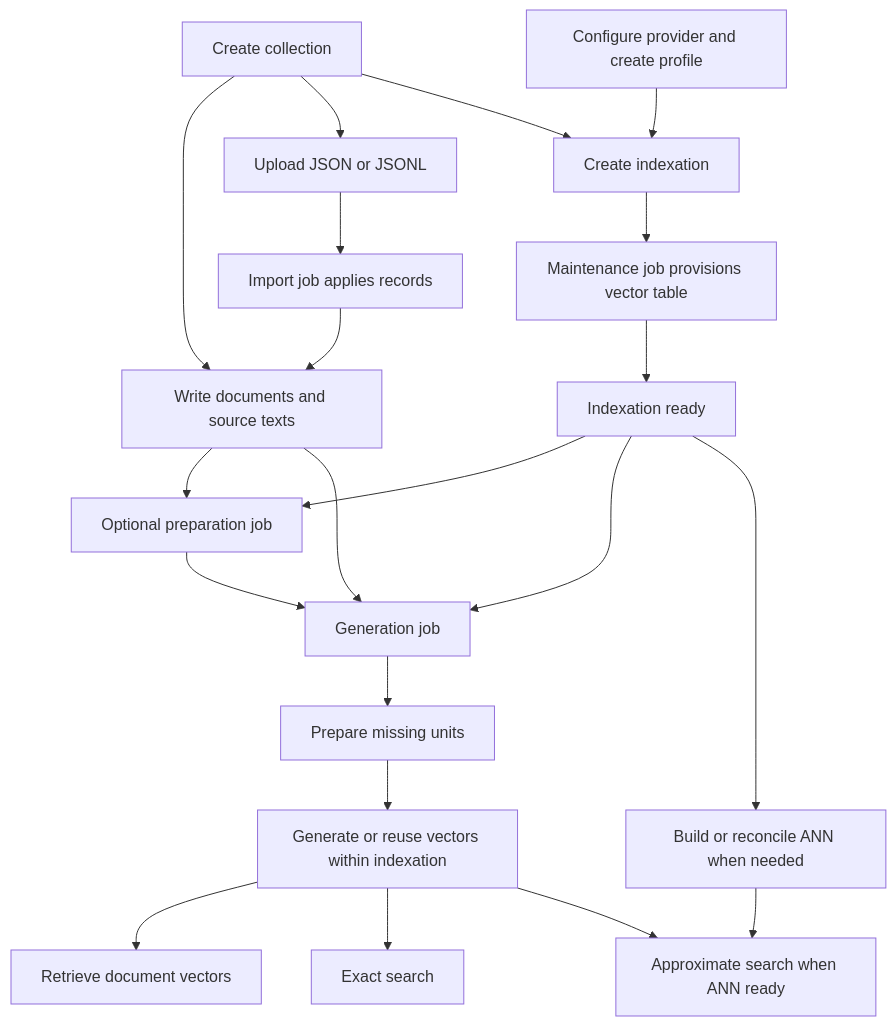
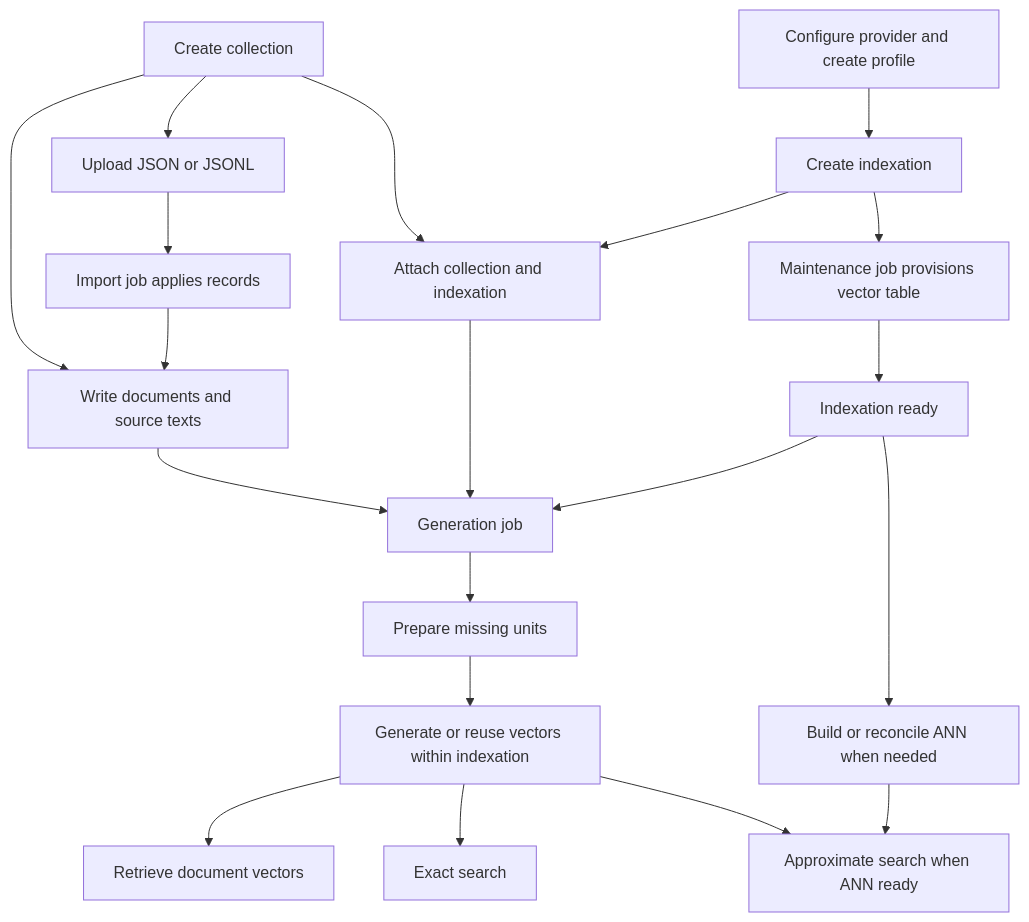
Before and after one commit to LA-Referencia-IOI/lareferencia-embedding-service: the fourth of 4 diagrams in docs/lareferencia-embedding-service-architecture.md, drawn with Mermaid. The commit also changed other lines of this file and 51 other files, not shown here.

````diff
--- a/docs/lareferencia-embedding-service-architecture.md
+++ b/docs/lareferencia-embedding-service-architecture.md
@@ -100,23 +101,22 @@
 ```mermaid
 flowchart TD
     C[Create collection] --> D[Write documents and source texts]
     C --> U[Upload JSON or JSONL]
     U --> IJ[Import job applies records]
     IJ --> D
     P[Configure provider and create profile] --> I[Create indexation]
-    C --> I
+    C --> A[Attach collection and indexation]
+    I --> A
     I --> M[Maintenance job provisions vector table]
     M --> RD[Indexation ready]
-    RD --> PR[Optional preparation job]
-    D --> PR
     D --> G[Generation job]
     RD --> G
+    A --> G
     G --> PN[Prepare missing units]
     PN --> PV[Generate or reuse vectors within indexation]
-    PR --> G
     PV --> VR[Retrieve document vectors]
     PV --> EX[Exact search]
     RD --> ANN[Build or reconcile ANN when needed]
     ANN --> AP[Approximate search when ANN ready]
     PV --> AP
 ```
````
